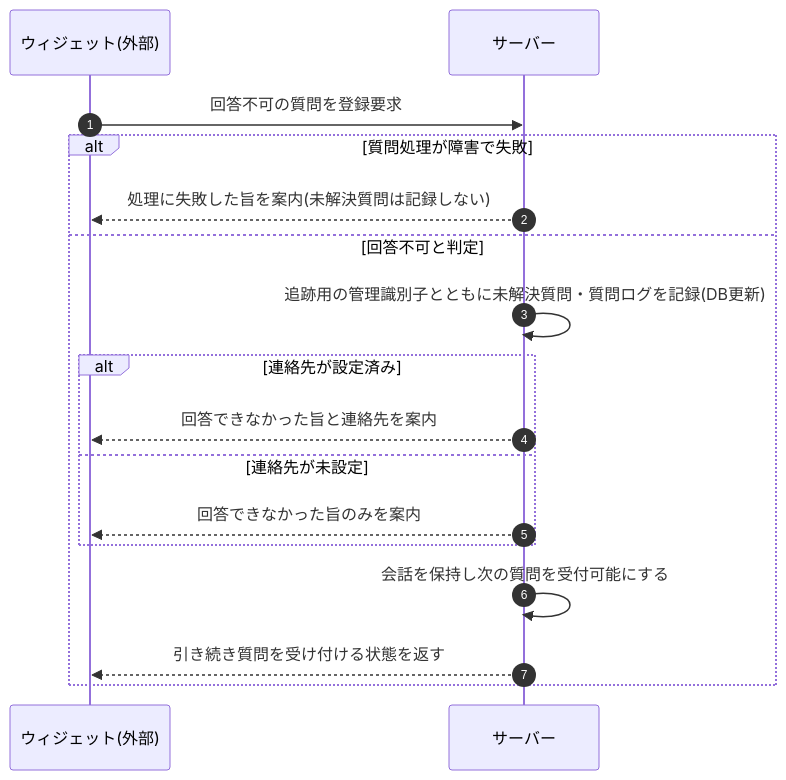
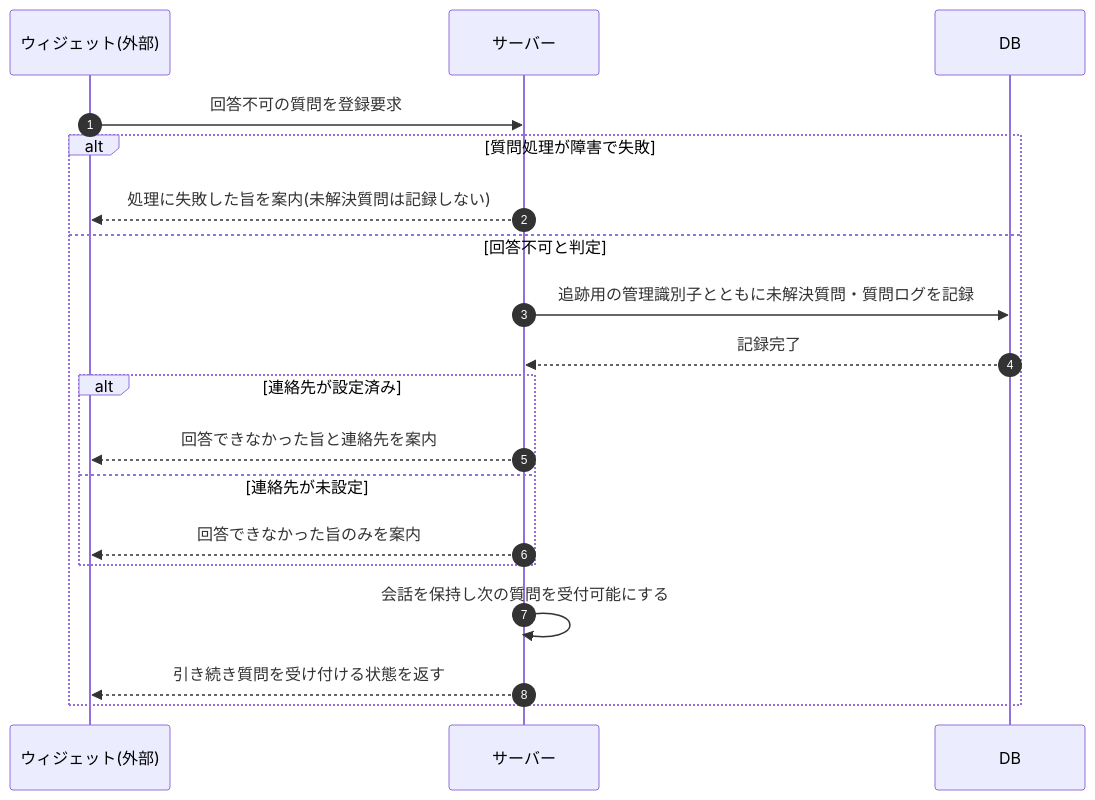
One commit to sikakou54/open-faq changed the diagram in 02_basic_design/03_sequences/SEQ-111.md. Above: the diagram before and after it, drawn with Mermaid. The commit also changed other lines of this file and 122 other files, not shown here.

First line of the commit message:
シーケンス図に DB アクターを追加(DB 操作をサーバー自己メッセージから分離)

````diff
--- a/02_basic_design/03_sequences/SEQ-111.md
+++ b/02_basic_design/03_sequences/SEQ-111.md
@@ -26,19 +26,21 @@
 ```mermaid
 sequenceDiagram
   autonumber
   participant W as ウィジェット(外部)
   participant Server as サーバー
+  participant DB as DB
   W->>Server: 回答不可の質問を登録要求
   alt 質問処理が障害で失敗
     Server-->>W: 処理に失敗した旨を案内(未解決質問は記録しない)
   else 回答不可と判定
-    Server->>Server: 追跡用の管理識別子とともに未解決質問・質問ログを記録(DB更新)
+    Server->>DB: 追跡用の管理識別子とともに未解決質問・質問ログを記録
+    DB-->>Server: 記録完了
     alt 連絡先が設定済み
       Server-->>W: 回答できなかった旨と連絡先を案内
     else 連絡先が未設定
       Server-->>W: 回答できなかった旨のみを案内
     end
     Server->>Server: 会話を保持し次の質問を受付可能にする
     Server-->>W: 引き続き質問を受け付ける状態を返す
   end
 ```
````
